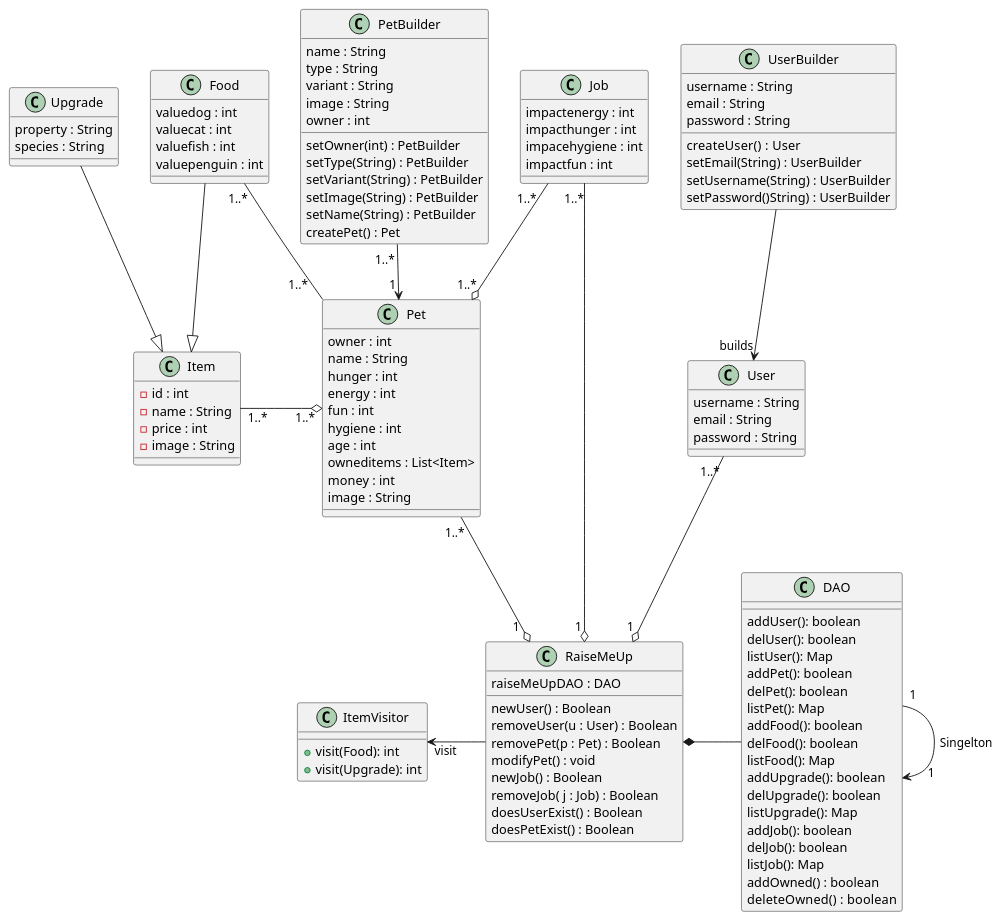
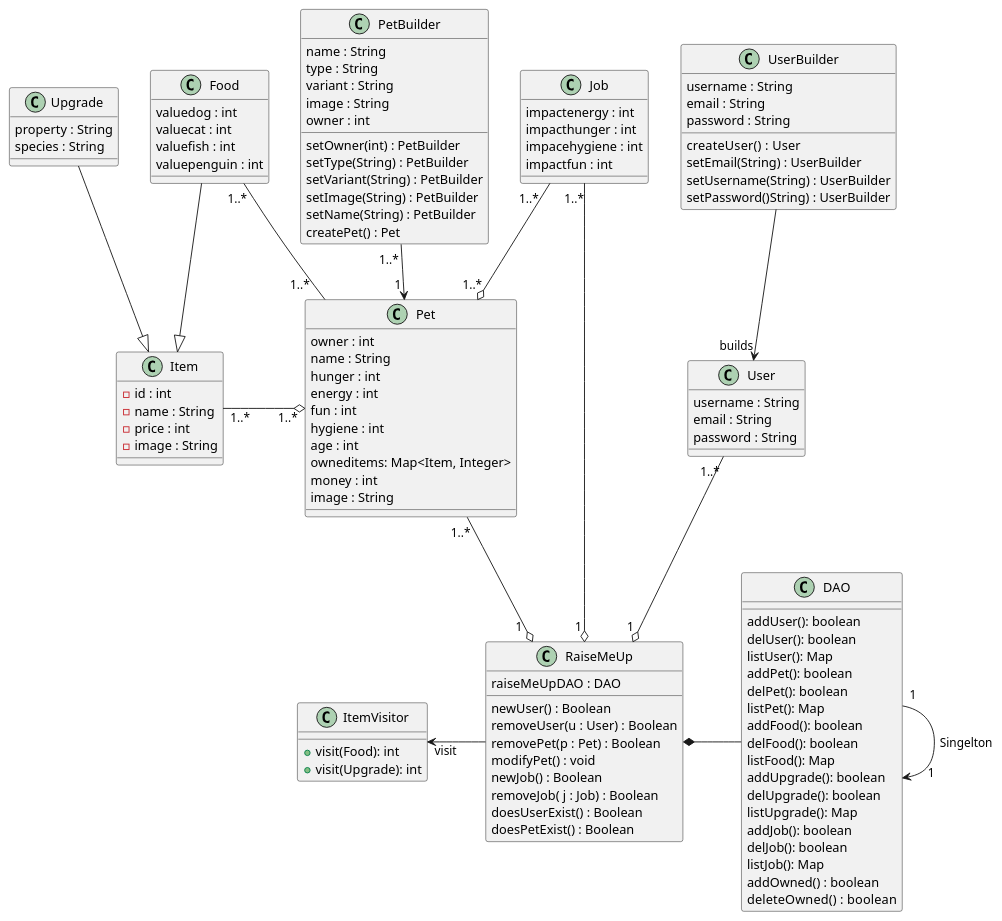
One commit to sh4r10/thesis-autogen-classdiagrams changed the diagram in artefacts/human-diagrams/p2.puml. Above: the diagram before and after it, drawn with PlantUML.

Commit message:
change list to map in Pet p2.puml

```diff
--- a/artefacts/human-diagrams/p2.puml
+++ b/artefacts/human-diagrams/p2.puml
@@ -1,122 +1,122 @@
 @startuml
 class PetBuilder {
     name : String
     type : String
     variant : String
     image : String
     owner : int
 
     setOwner(int) : PetBuilder
     setType(String) : PetBuilder
     setVariant(String) : PetBuilder
     setImage(String) : PetBuilder
     setName(String) : PetBuilder
     createPet() : Pet
 }
 
 class Pet {
     owner : int
     name : String
     hunger : int
     energy : int
     fun : int
     hygiene : int
     age : int
-    owneditems : List<Item>
+    owneditems: Map<Item, Integer>
     money : int
     image : String
 }
 class User {
     username : String
     email : String
     password : String
 }
 class UserBuilder {
     username : String
     email : String
     password : String
 
     createUser() :  User
     setEmail(String) : UserBuilder
     setUsername(String) : UserBuilder
     setPassword()String) : UserBuilder
 }
 
 class Job {
     impactenergy : int
     impacthunger : int
     impacehygiene : int
     impactfun : int
 }
 class Food{
     valuedog : int
     valuecat : int
     valuefish : int
     valuepenguin : int
 }
 class Upgrade{
     property : String
     species : String
 }
 class Item {
     -id : int
     -name : String
     -price : int
     -image : String
 }
 class ItemVisitor {
     +visit(Food): int
     +visit(Upgrade): int
 }
 
 class RaiseMeUp {
     raiseMeUpDAO : DAO
     newUser() : Boolean
     removeUser(u : User) : Boolean
     removePet(p : Pet) : Boolean
     modifyPet() : void
     newJob() : Boolean
     removeJob( j : Job) : Boolean
     doesUserExist() : Boolean
     doesPetExist() : Boolean
 }
 
 class DAO {
     addUser(): boolean
     delUser(): boolean
     listUser(): Map
     addPet(): boolean
     delPet(): boolean
     listPet(): Map
     addFood(): boolean
     delFood(): boolean
     listFood(): Map
     addUpgrade(): boolean
     delUpgrade(): boolean
     listUpgrade(): Map
     addJob(): boolean
     delJob(): boolean
     listJob(): Map
     addOwned() : boolean
     deleteOwned() :  boolean
 }
 Upgrade -[hidden] Food
 
 Food --|> Item
 Upgrade --|> Item
 
 PetBuilder "1..* " --> "1 " Pet
 UserBuilder -d-> "builds" User
 
 Job "1..*  " --o "1..*"Pet
 Item "1..*" -r-o "1..*" Pet : \t\t
 RaiseMeUp -l-> "visit" ItemVisitor : \t
 Food "1..*"--"1..*   " Pet
 
 Job "1..*" --o "1 " RaiseMeUp
 User "1..*" --o "1 " RaiseMeUp
 Pet "1..*" --o "1  " RaiseMeUp
 
 DAO "1"--> "      1" DAO : "Singelton"
 DAO -l-* RaiseMeUp : \t
 @enduml
```
